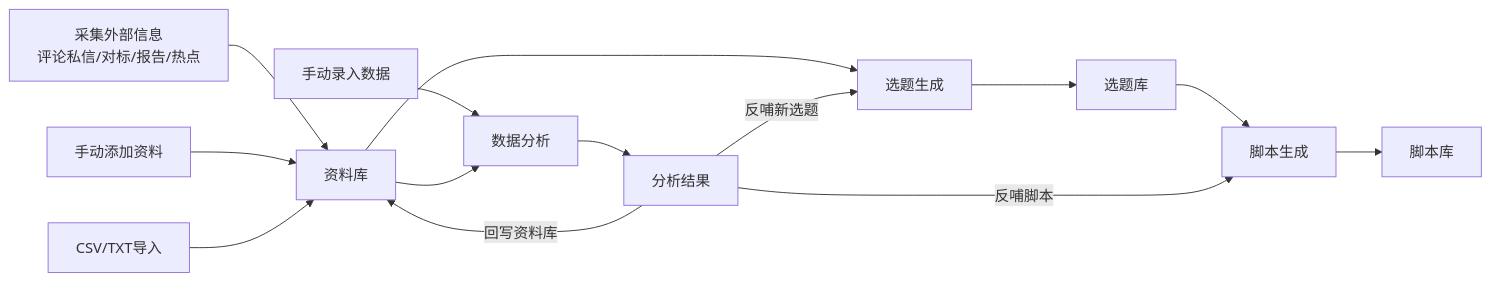
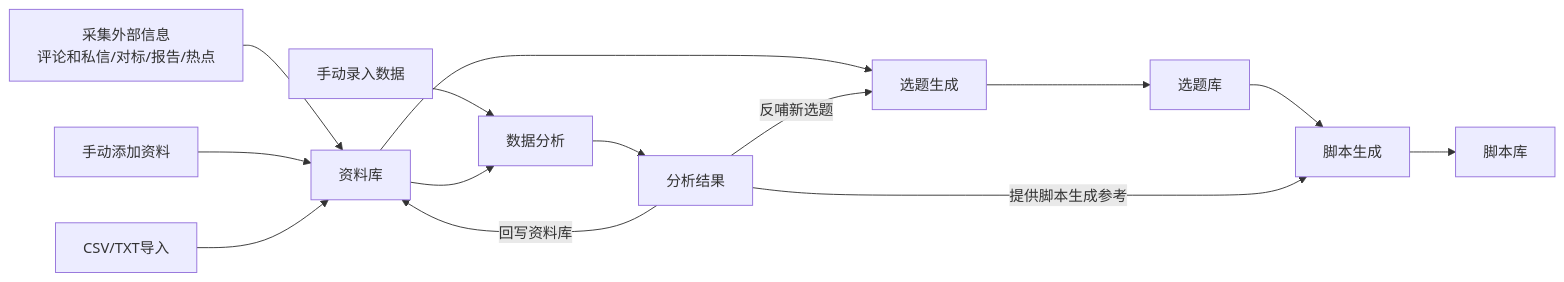
Before and after one commit to lophyJessica/forge-scrm: the first of 5 diagrams in context/02-核心业务流程.md, drawn with Mermaid. The commit also changed other lines of this file and 18 other files, not shown here.

Commit message:
docs: 修复审计27项(P0x9/P1x13/P2x5)——口径统一/审核入口/一期权限/Schema对齐

````diff
--- a/context/02-核心业务流程.md
+++ b/context/02-核心业务流程.md
@@ -8,16 +8,16 @@
 ```mermaid
 flowchart LR
-    A[采集外部信息<br/>评论私信/对标/报告/热点] --> B[资料库]
+    A[采集外部信息<br/>评论和私信/对标/报告/热点] --> B[资料库]
     C[手动添加资料] --> B
     D[CSV/TXT导入] --> B
     B --> E[选题生成]
     E --> F[选题库]
     F --> G[脚本生成]
     G --> H[脚本库]
     I[手动录入数据] --> J[数据分析]
     B --> J
     J --> K[分析结果]
     K -->|回写资料库| B
     K -->|反哺新选题| E
-    K -->|反哺脚本| G
+    K -->|提供脚本生成参考| G
 ```
````
